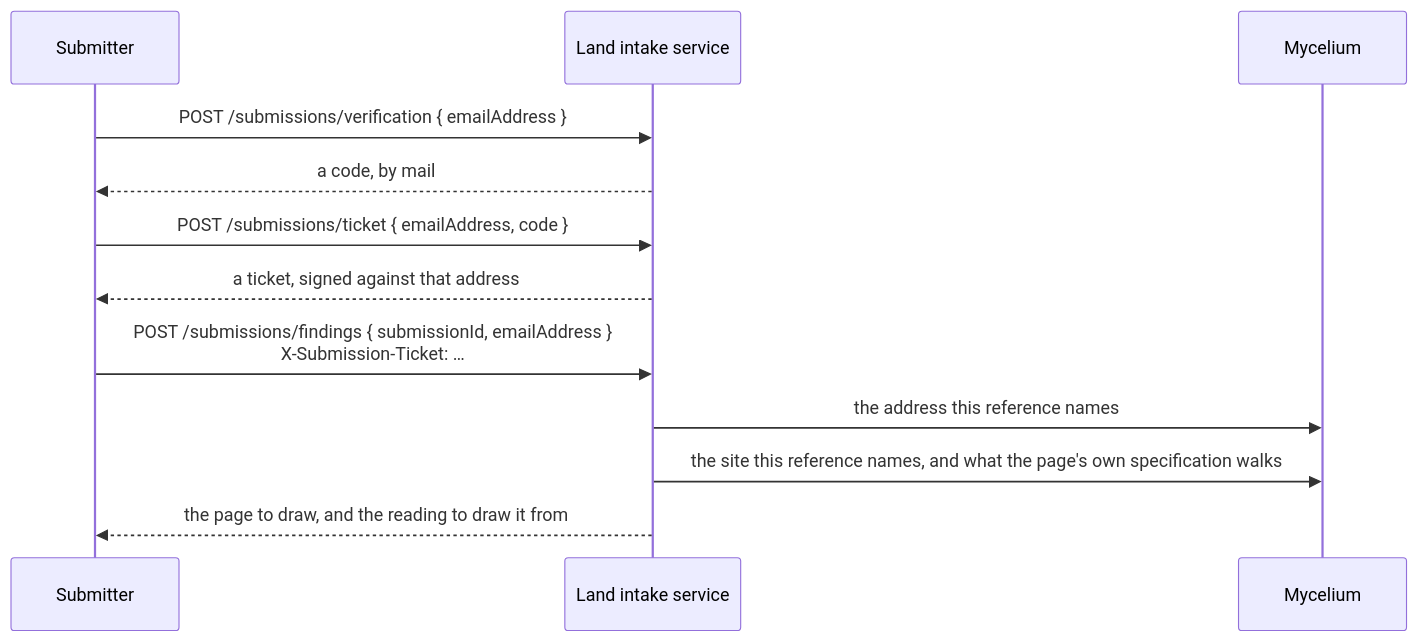
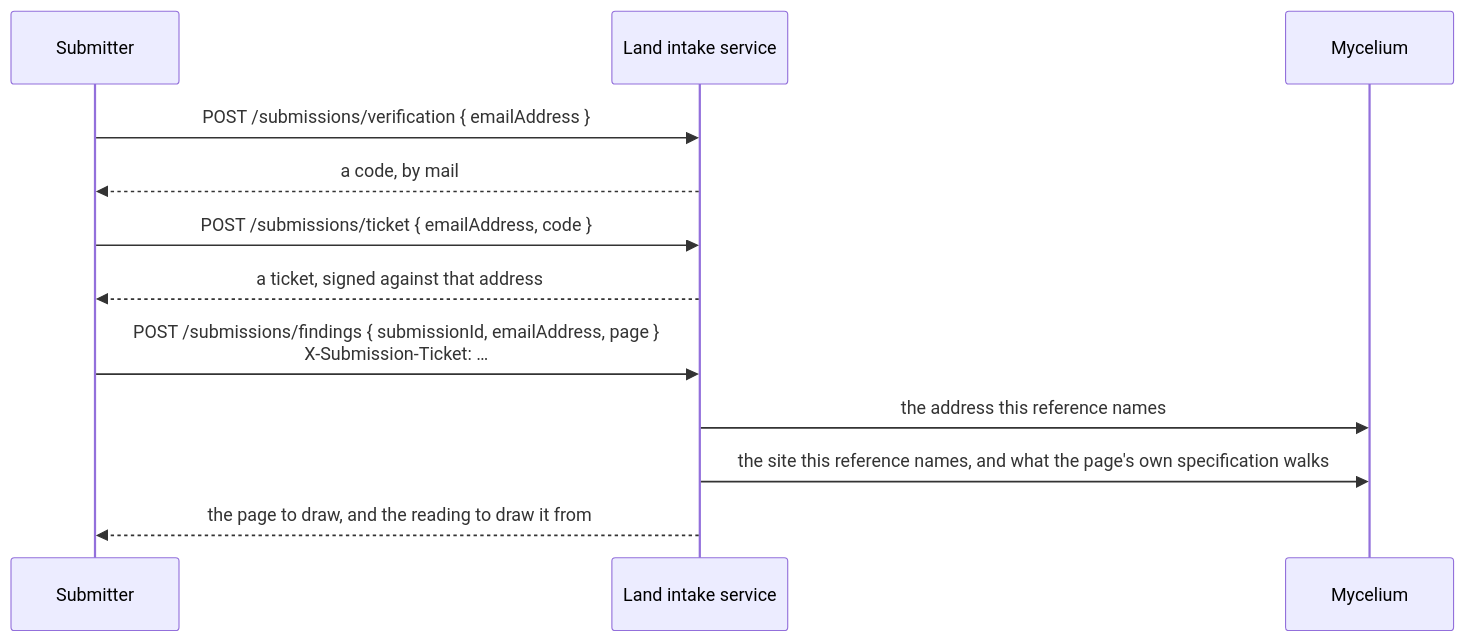
Before and after one commit to ReGen-Villages/VillageOS-API: the ninth of 10 diagrams in docs/LAND_INTAKE.md, drawn with Mermaid. The commit also changed other lines of this file and 20 other files, not shown here.

````diff
--- a/docs/LAND_INTAKE.md
+++ b/docs/LAND_INTAKE.md
@@ -1269,14 +1279,14 @@
 ```mermaid
 sequenceDiagram
   participant S as Submitter
   participant LI as Land intake service
   participant M as Mycelium
   S->>LI: POST /submissions/verification { emailAddress }
   LI-->>S: a code, by mail
   S->>LI: POST /submissions/ticket { emailAddress, code }
   LI-->>S: a ticket, signed against that address
-  S->>LI: POST /submissions/findings { submissionId, emailAddress }<br/>X-Submission-Ticket: …
+  S->>LI: POST /submissions/findings { submissionId, emailAddress, page }<br/>X-Submission-Ticket: …
   LI->>M: the address this reference names
   LI->>M: the site this reference names, and what the page's own specification walks
   LI-->>S: the page to draw, and the reading to draw it from
 ```
````
